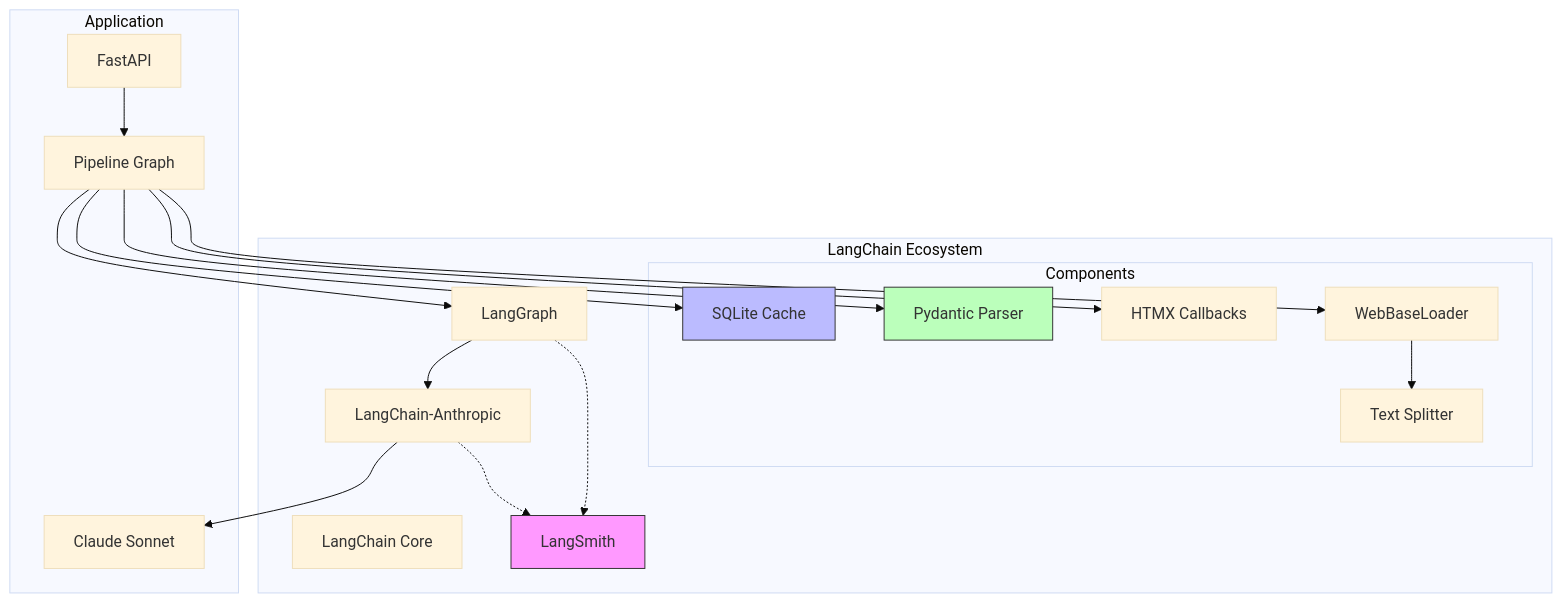
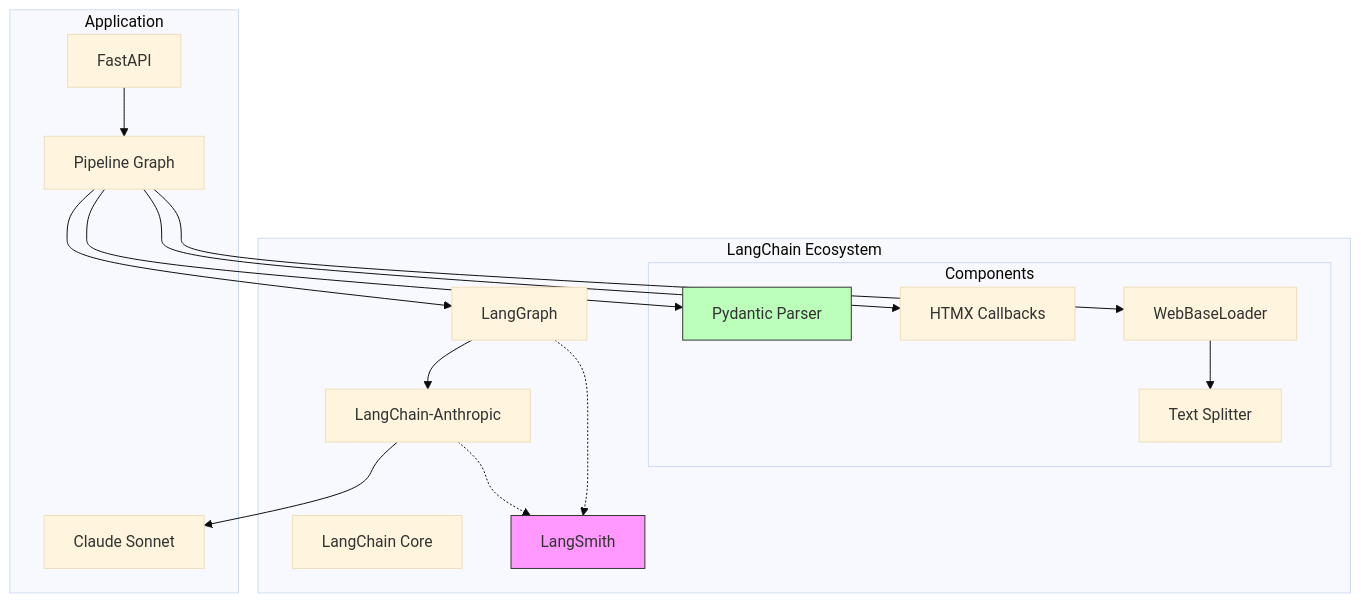
The fifth of 5 diagrams in docs/architecture.md (darth-dodo/hn-herald), drawn with Mermaid (base theme) before and after one commit. The commit also changed other lines of this file and 17 other files, not shown here.

````diff
--- a/docs/architecture.md
+++ b/docs/architecture.md
@@ -892,41 +868,38 @@
 ```mermaid
 graph TB
     subgraph "LangChain Ecosystem"
         LC[LangChain Core]
         LG[LangGraph]
         LA[LangChain-Anthropic]
         LS[LangSmith]
 
         subgraph "Components"
-            Cache[SQLite Cache]
             Parser[Pydantic Parser]
             Callback[HTMX Callbacks]
             Loader[WebBaseLoader]
             Splitter[Text Splitter]
         end
     end
 
     subgraph "Application"
         API[FastAPI]
         Graph[Pipeline Graph]
         LLM[Claude Sonnet]
     end
 
     API --> Graph
     Graph --> LG
     LG --> LA
     LA --> LLM
 
-    Graph --> Cache
     Graph --> Parser
     Graph --> Callback
     Graph --> Loader
     Loader --> Splitter
 
     LG -.-> LS
     LA -.-> LS
 
     style LS fill:#f9f,stroke:#333
-    style Cache fill:#bbf,stroke:#333
     style Parser fill:#bfb,stroke:#333
 ```
````
